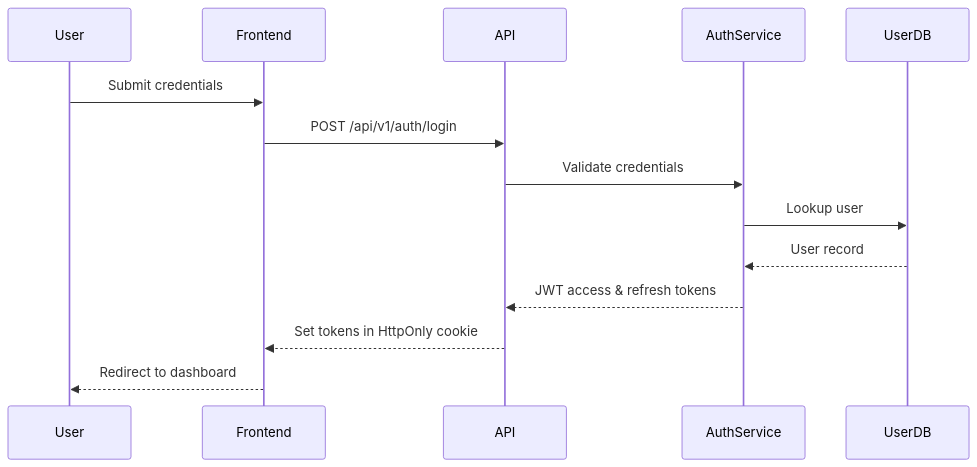
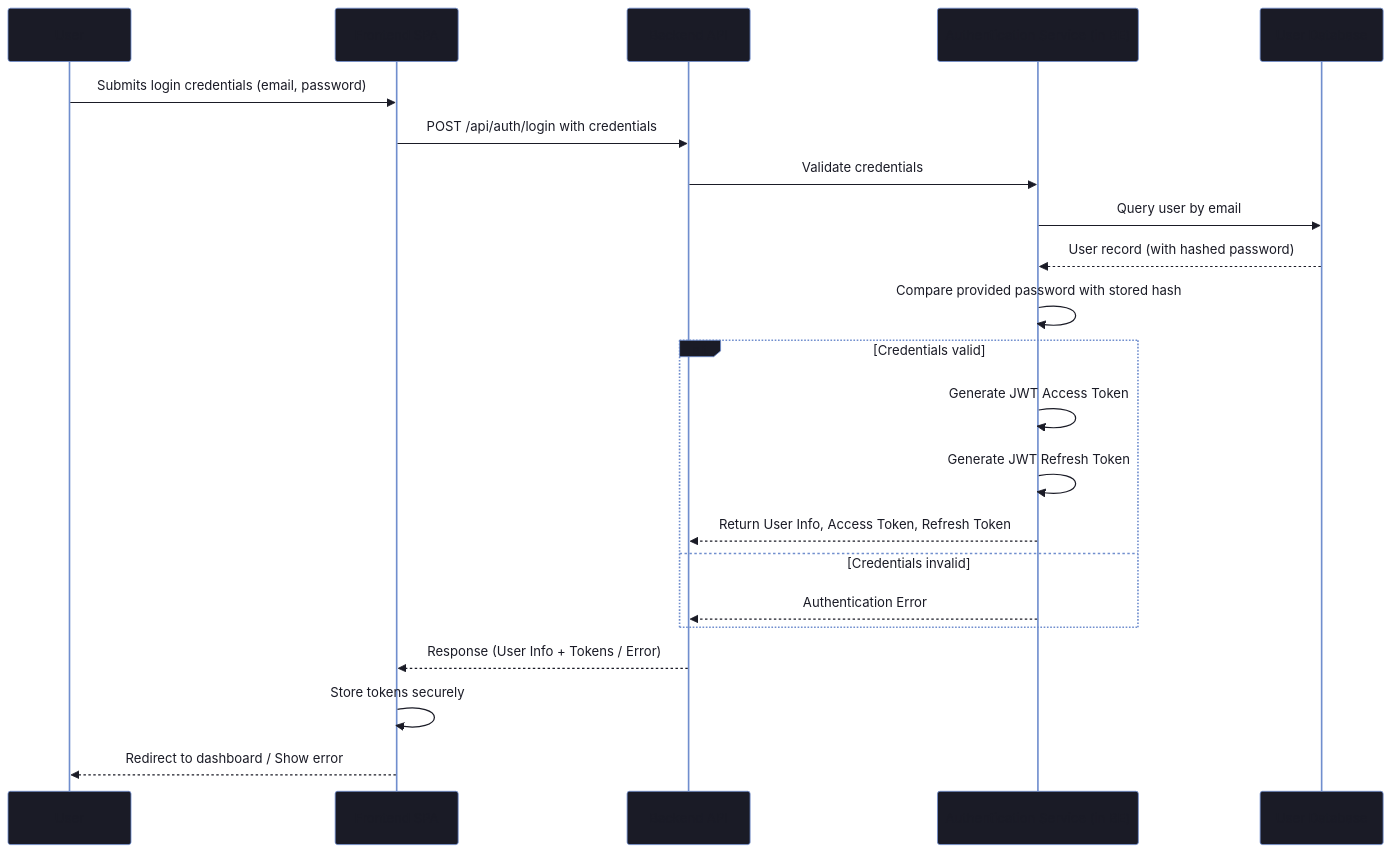
One commit to 0x3at/Postkid changed the third of 4 diagrams in docs/architecture/readme.md. Above: the diagram before and after it, drawn with Mermaid. The commit also changed other lines of this file and 7 other files, not shown here.

First line of the commit message:
Docs: Finalize architecture and supporting documentation

````diff
--- a/docs/architecture/readme.md
+++ b/docs/architecture/readme.md
@@ -214,40 +179,26 @@
 ```mermaid
-%%{init: {
-  'theme': 'base',
-  'themeVariables': {
-    'primaryColor': '#7aa2f7',
-    'primaryTextColor': '#1a1b26',
-    'primaryBorderColor': '#3b4261',
-    'lineColor': '#bb9af7',
-    'background': '#1a1b26',
-    'mainBkg': '#1a1b26',
-    'secondBkg': '#24283b',
-    'tertiaryBkg': '#292e42',
-    'fontFamily': '"Segoe UI", sans-serif',
-    'fontSize': '14px',
-    'fontWeight': '600',
-    'labelBackground': '#24283b',
-    'edgeLabelBackground': '#24283b',
-    'clusterBkg': '#24283b',
-    'clusterBorder': '#3b4261',
-    'defaultLinkColor': '#bb9af7',
-    'titleColor': '#c0caf5'
-  }
-}}%%
-
+%%{init: { 'theme': 'base', 'themeVariables': { 'primaryColor': '#7aa2f7', 'primaryTextColor': '#1a1b26', 'lineColor': '#bb9af7', 'background': '#1a1b26', 'mainBkg': '#1a1b26'}}}%%
 sequenceDiagram
     participant U as User
-    participant FE as Frontend
-    participant API
-    participant AS as AuthService
-    participant DB as UserDB
+    participant FE as Frontend SPA
+    participant BE as Backend API
+    participant AuthSvc as Authentication Service (in BE)
+    participant UserDB as User Database
 
-    U->>FE: Submit credentials
-    FE->>API: POST /api/v1/auth/login
-    API->>AS: Validate credentials
-    AS->>DB: Lookup user
-    DB-->>AS: User record
-    AS-->>API: JWT access & refresh tokens
-    API-->>FE: Set tokens in HttpOnly cookie
-    FE-->>U: Redirect to dashboard
+    U->>FE: Submits login credentials (email, password)
+    FE->>BE: POST /api/auth/login with credentials
+    BE->>AuthSvc: Validate credentials
+    AuthSvc->>UserDB: Query user by email
+    UserDB-->>AuthSvc: User record (with hashed password)
+    AuthSvc->>AuthSvc: Compare provided password with stored hash
+    alt Credentials valid
+        AuthSvc->>AuthSvc: Generate JWT Access Token
+        AuthSvc->>AuthSvc: Generate JWT Refresh Token
+        AuthSvc-->>BE: Return User Info, Access Token, Refresh Token
+    else Credentials invalid
+        AuthSvc-->>BE: Authentication Error
+    end
+    BE-->>FE: Response (User Info + Tokens / Error)
+    FE->>FE: Store tokens securely
+    FE-->>U: Redirect to dashboard / Show error
 ```
````
